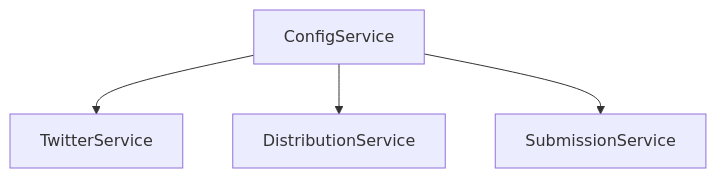
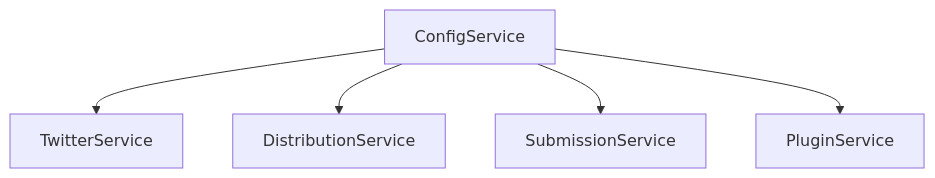
One commit to elliotBraem/efizzybot changed the first of 4 diagrams in memory-bank/systemPatterns.md. Above: the diagram before and after it, drawn with Mermaid. The commit also changed other lines of this file and 13 other files, not shown here.

````diff
--- a/memory-bank/systemPatterns.md
+++ b/memory-bank/systemPatterns.md
@@ -77,6 +79,7 @@
 ```mermaid
 graph TD
     Config[ConfigService] --> Twitter[TwitterService]
     Config --> Distribution[DistributionService]
     Config --> Submission[SubmissionService]
+    Config --> Plugin[PluginService]
 ```
````
